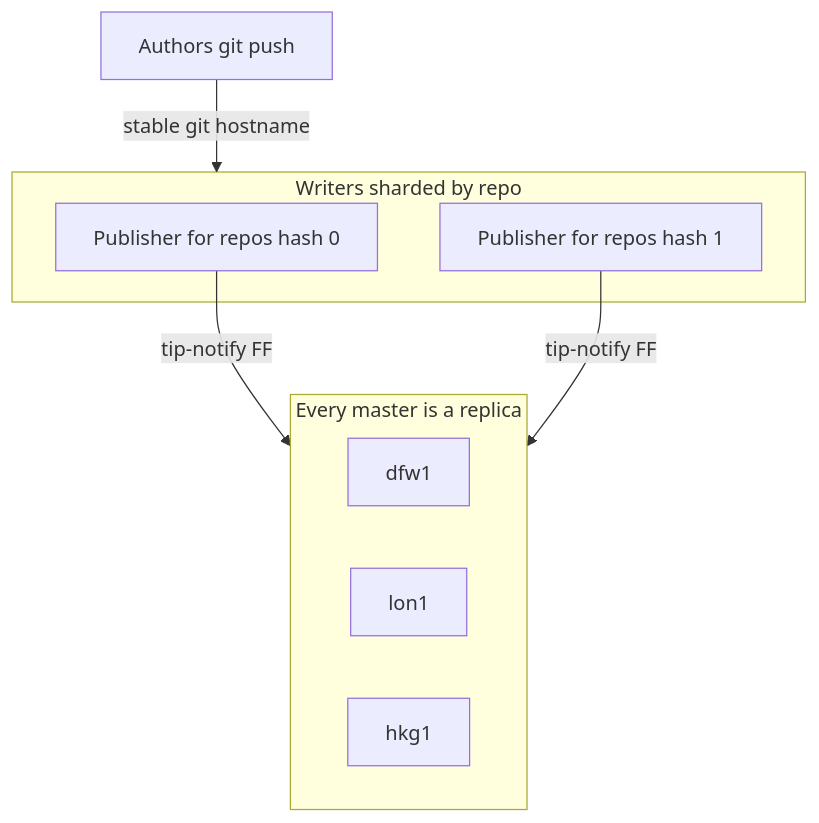
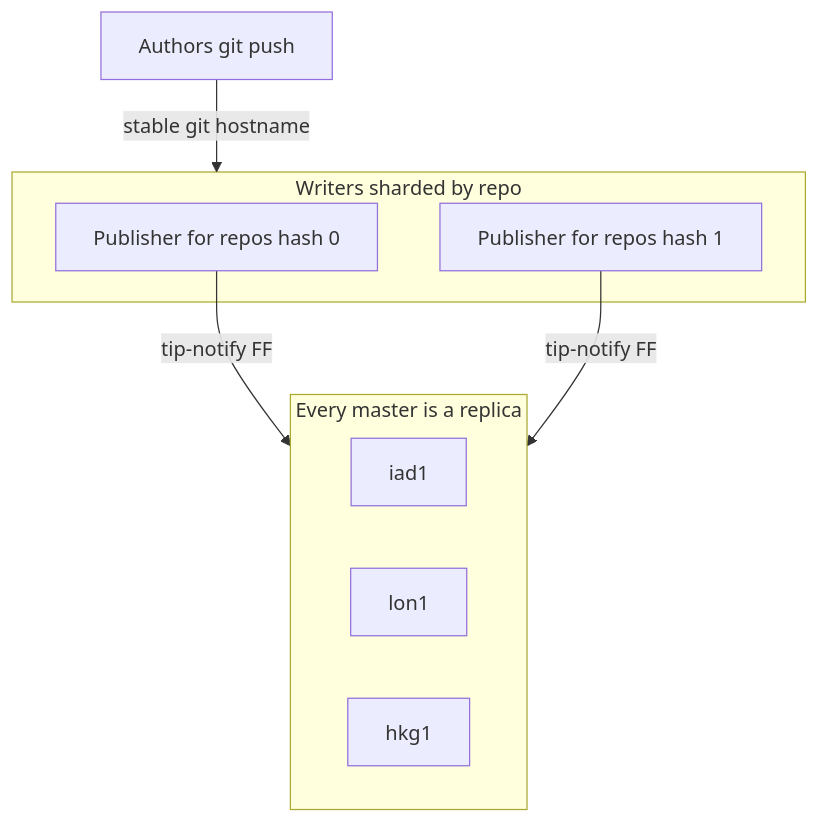
One commit to paradigm-threat/relay-gateway changed the third of 4 diagrams in docs/RELAY_PUBLISH_ONCE.md. Above: the diagram before and after it, drawn with Mermaid. The commit also changed other lines of this file and 42 other files, not shown here.

First line of the commit message:
ops: scrub dfw1 after sjc1 cutover; fleet is iad1/sjc1/hkg1

````diff
--- a/docs/RELAY_PUBLISH_ONCE.md
+++ b/docs/RELAY_PUBLISH_ONCE.md
@@ -152,15 +152,15 @@
 ```mermaid
 flowchart TB
   subgraph writers [Writers sharded by repo]
     P1[Publisher for repos hash 0]
     P2[Publisher for repos hash 1]
   end
   subgraph replicas [Every master is a replica]
-    M1[dfw1]
+    M1[iad1]
     M2[lon1]
     M3[hkg1]
   end
   Users[Authors git push] -->|stable git hostname| writers
   P1 -->|tip-notify FF| replicas
   P2 -->|tip-notify FF| replicas
 ```
````
